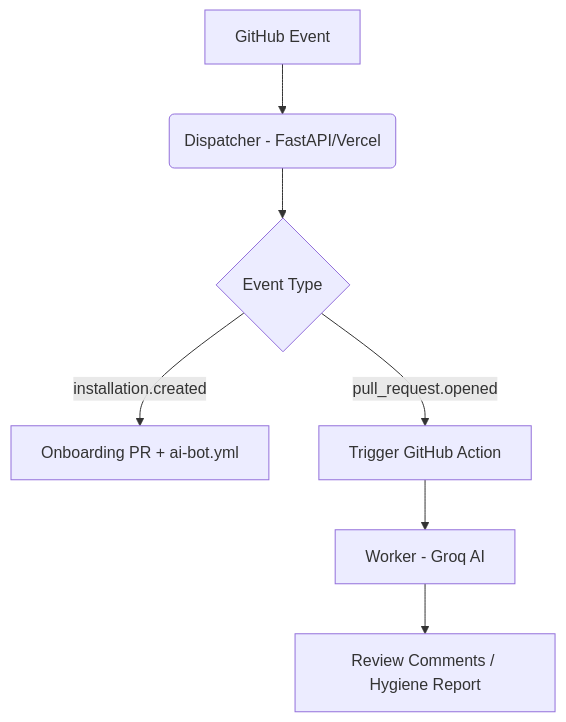
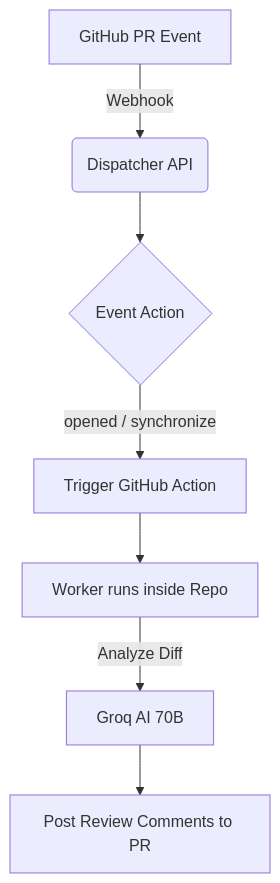
Before and after one commit to shrujaya/repo-ranger: the first of 2 diagrams in README.md, drawn with Mermaid. The commit also changed other lines of this file, not shown here.

Commit message:
docs: update architecture diagrams to include Automated Branch Janitor workflow

````diff
--- a/README.md
+++ b/README.md
@@ -28,9 +29,9 @@
 ```mermaid
 graph TD
-    A[GitHub Event] --> B(Dispatcher - FastAPI/Vercel)
-    B --> C{Event Type}
-    C -- installation.created --> D[Onboarding PR + ai-bot.yml]
-    C -- pull_request.opened --> E[Trigger GitHub Action]
-    E --> F[Worker - Groq AI]
-    F --> G[Review Comments / Hygiene Report]
+    A[GitHub PR Event] -->|Webhook| B(Dispatcher API)
+    B --> C{Event Action}
+    C -- opened / synchronize --> D[Trigger GitHub Action]
+    D --> E[Worker runs inside Repo]
+    E -->|Analyze Diff| F[Groq AI 70B]
+    F --> G[Post Review Comments to PR]
 ```
````
